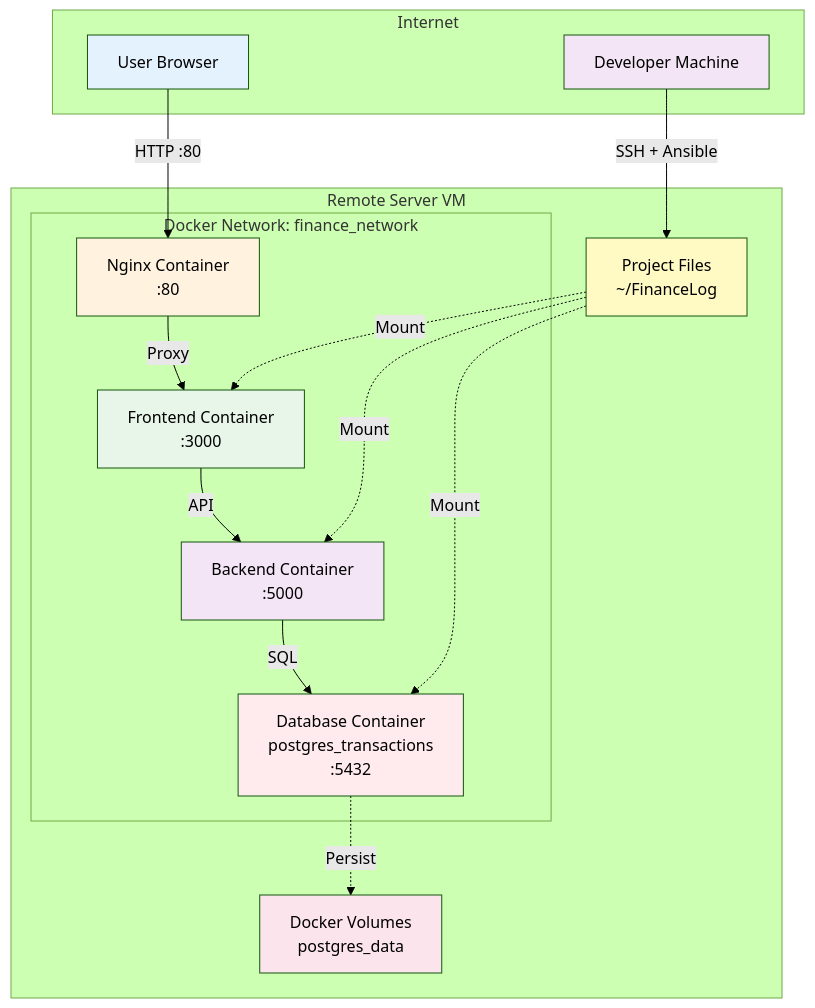
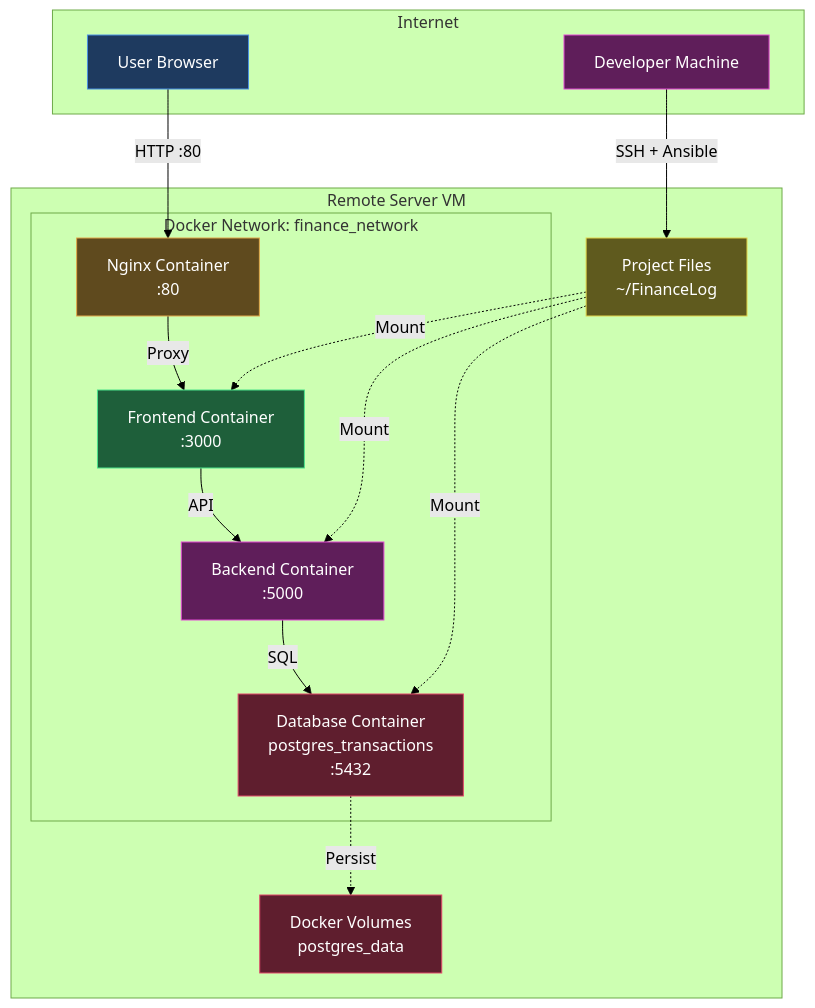
Before and after one commit to FjeldMats/FinanceLog: the second of 7 diagrams in README.md, drawn with Mermaid (forest theme). The commit also changed other lines of this file, not shown here.

First line of the commit message:
UI: Fix Mermaid diagrams for dark mode readability

````diff
--- a/README.md
+++ b/README.md
@@ -46,38 +46,38 @@
 ```mermaid
 graph TB
     subgraph Internet
         U[User Browser]
         DEV[Developer Machine]
     end
 
     subgraph "Remote Server VM"
         subgraph "Docker Network: finance_network"
             N[Nginx Container<br/>:80]
             F[Frontend Container<br/>:3000]
             B[Backend Container<br/>:5000]
             D[Database Container<br/>postgres_transactions<br/>:5432]
         end
 
         V[Docker Volumes<br/>postgres_data]
         P[Project Files<br/>~/FinanceLog]
     end
 
     U -->|HTTP :80| N
     DEV -->|SSH + Ansible| P
     N -->|Proxy| F
     F -->|API| B
     B -->|SQL| D
     D -.->|Persist| V
     P -.->|Mount| F
     P -.->|Mount| B
     P -.->|Mount| D
 
-    style U fill:#e3f2fd
-    style DEV fill:#f3e5f5
-    style N fill:#fff3e0
-    style F fill:#e8f5e9
-    style B fill:#f3e5f5
-    style D fill:#ffebee
-    style V fill:#fce4ec
-    style P fill:#fff9c4
+    style U fill:#1e3a5f,stroke:#4a90e2,color:#fff
+    style DEV fill:#5f1e5a,stroke:#e24ad4,color:#fff
+    style N fill:#5f4a1e,stroke:#e2a84a,color:#fff
+    style F fill:#1e5f3a,stroke:#4ae28a,color:#fff
+    style B fill:#5f1e5a,stroke:#e24ad4,color:#fff
+    style D fill:#5f1e2e,stroke:#e24a6a,color:#fff
+    style V fill:#5f1e2e,stroke:#e24a6a,color:#fff
+    style P fill:#5f5a1e,stroke:#e2d44a,color:#fff
 ```
````
